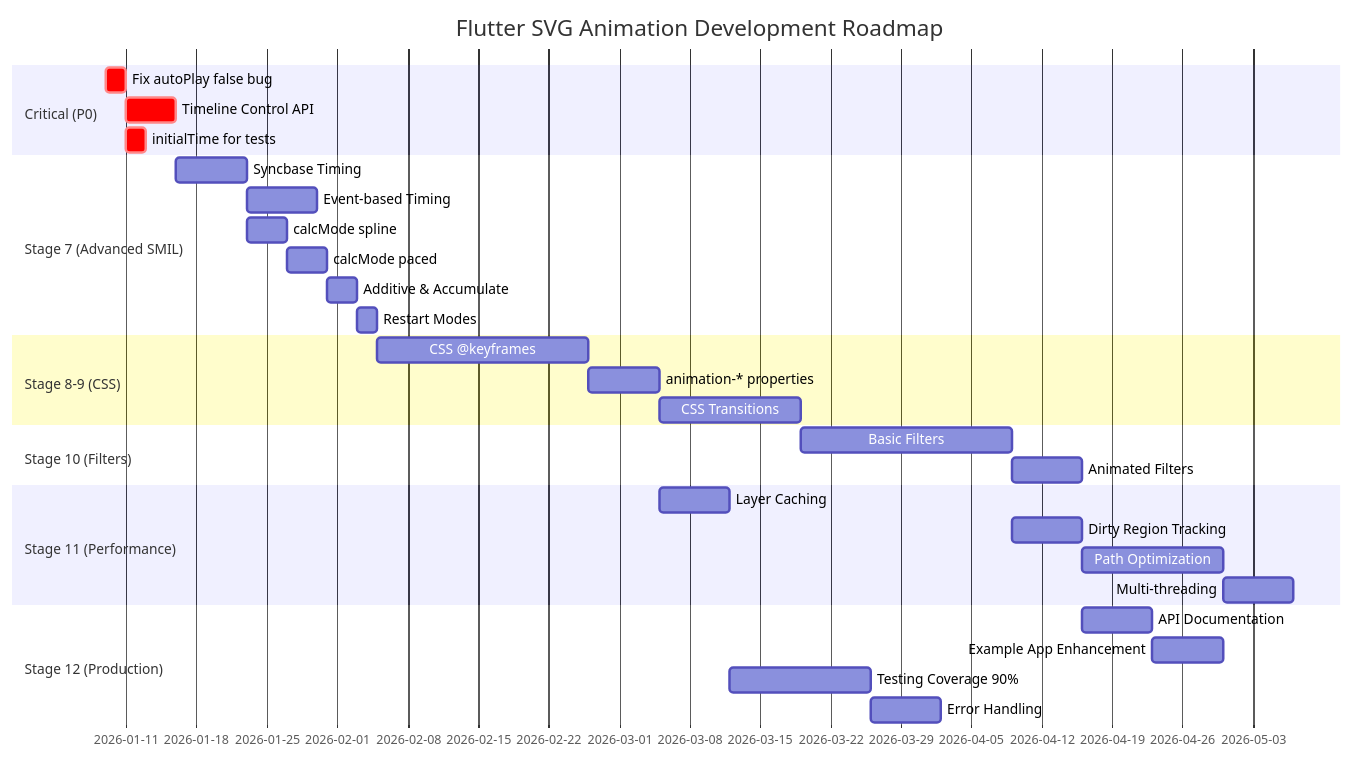
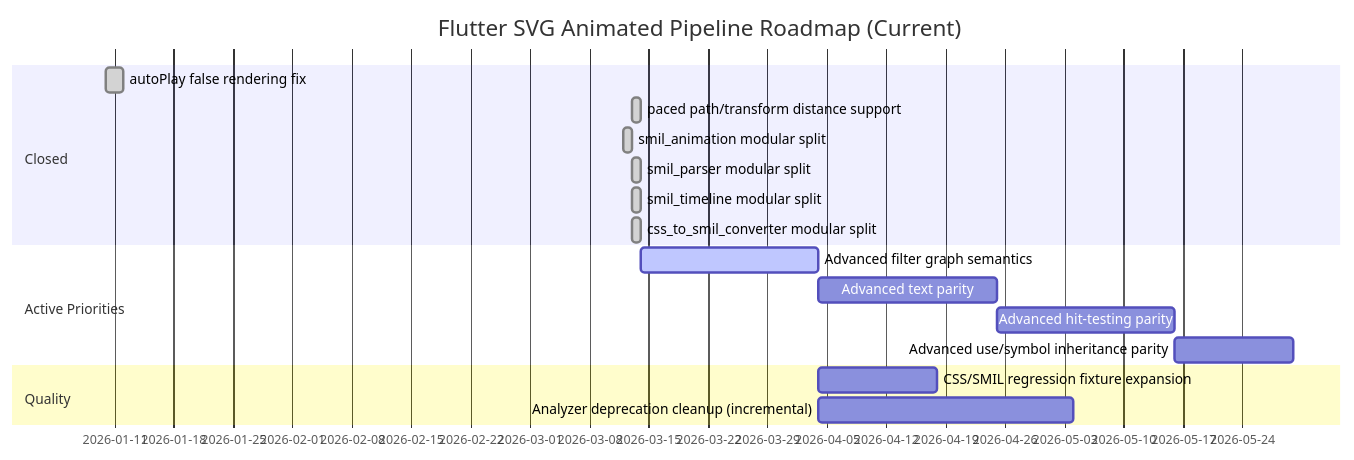
Before and after one commit to denisnadey/flutter_full_svg_support: the diagram in ROADMAP_VISUAL.md, drawn with Mermaid. The commit also changed other lines of this file and 124 other files, not shown here.

Commit message:
refactor: split animation modules and refresh docs

````diff
--- a/ROADMAP_VISUAL.md
+++ b/ROADMAP_VISUAL.md
@@ -3,38 +3,23 @@
 ```mermaid
 gantt
-    title Flutter SVG Animation Development Roadmap
+    title Flutter SVG Animated Pipeline Roadmap (Current)
     dateFormat  YYYY-MM-DD
-    section Critical (P0)
-    Fix autoPlay false bug           :crit, p1, 2026-01-09, 2d
-    Timeline Control API             :crit, p2, after p1, 5d
-    initialTime for tests            :crit, p3, after p1, 2d
-    
-    section Stage 7 (Advanced SMIL)
-    Syncbase Timing                  :s71, after p2, 7d
-    Event-based Timing               :s72, after s71, 7d
-    calcMode spline                  :s73, after s71, 4d
-    calcMode paced                   :s74, after s73, 4d
-    Additive & Accumulate           :s75, after s74, 3d
-    Restart Modes                    :s76, after s75, 2d
-    
-    section Stage 8-9 (CSS)
-    CSS @keyframes                   :s8, after s76, 21d
-    animation-* properties           :s82, after s8, 7d
-    CSS Transitions                  :s9, after s82, 14d
-    
-    section Stage 10 (Filters)
-    Basic Filters                    :s10, after s9, 21d
-    Animated Filters                 :s102, after s10, 7d
-    
-    section Stage 11 (Performance)
-    Layer Caching                    :s11, after s82, 7d
-    Dirty Region Tracking            :s112, after s10, 7d
-    Path Optimization                :s113, after s112, 14d
-    Multi-threading                  :s114, after s113, 7d
-    
-    section Stage 12 (Production)
-    API Documentation                :s12, after s102, 7d
-    Example App Enhancement          :s122, after s12, 7d
-    Testing Coverage 90%             :s123, after s11, 14d
-    Error Handling                   :s124, after s123, 7d
+
+    section Closed
+    autoPlay false rendering fix               :done, c1, 2026-01-10, 2d
+    paced path/transform distance support      :done, c2, 2026-03-13, 1d
+    smil_animation modular split               :done, c3, 2026-03-12, 1d
+    smil_parser modular split                  :done, c4, 2026-03-13, 1d
+    smil_timeline modular split                :done, c5, 2026-03-13, 1d
+    css_to_smil_converter modular split        :done, c6, 2026-03-13, 1d
+
+    section Active Priorities
+    Advanced filter graph semantics            :active, p1, 2026-03-14, 21d
+    Advanced text parity                       :p2, after p1, 21d
+    Advanced hit-testing parity                :p3, after p2, 21d
+    Advanced use/symbol inheritance parity     :p4, after p3, 14d
+
+    section Quality
+    CSS/SMIL regression fixture expansion      :q1, after p1, 14d
+    Analyzer deprecation cleanup (incremental) :q2, after p1, 30d
 ```
````
